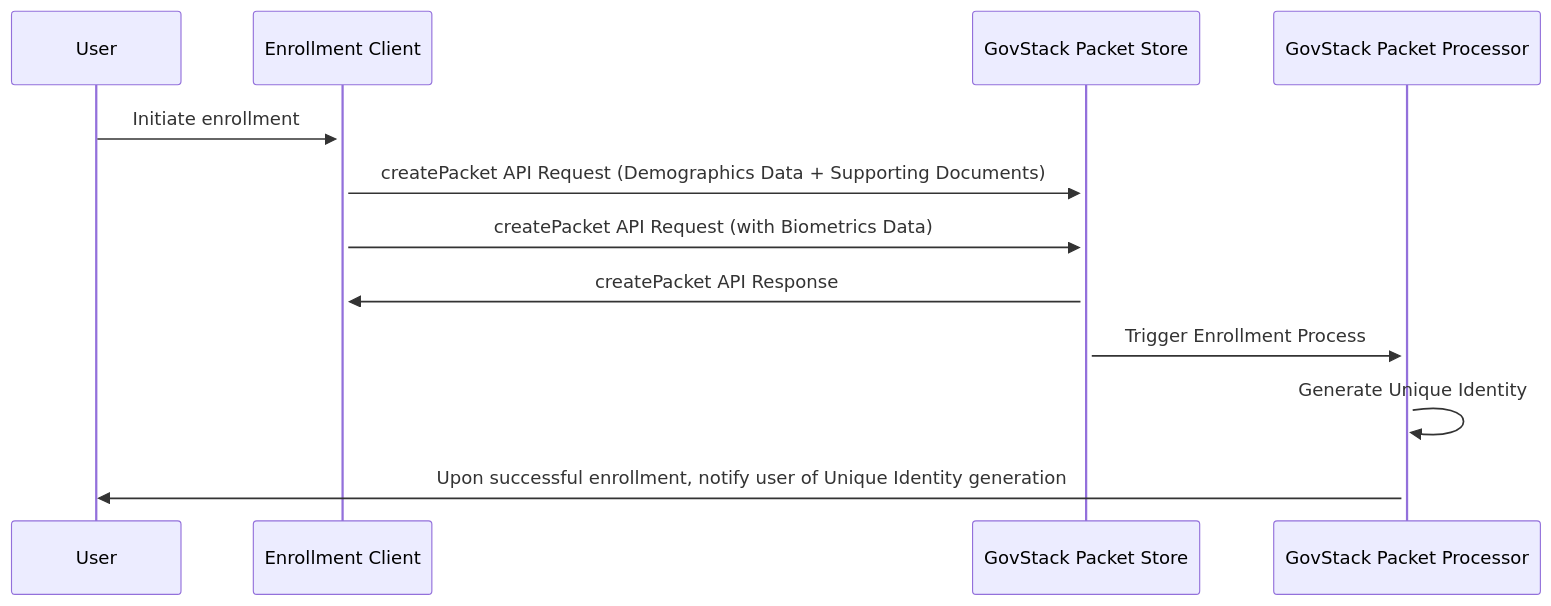
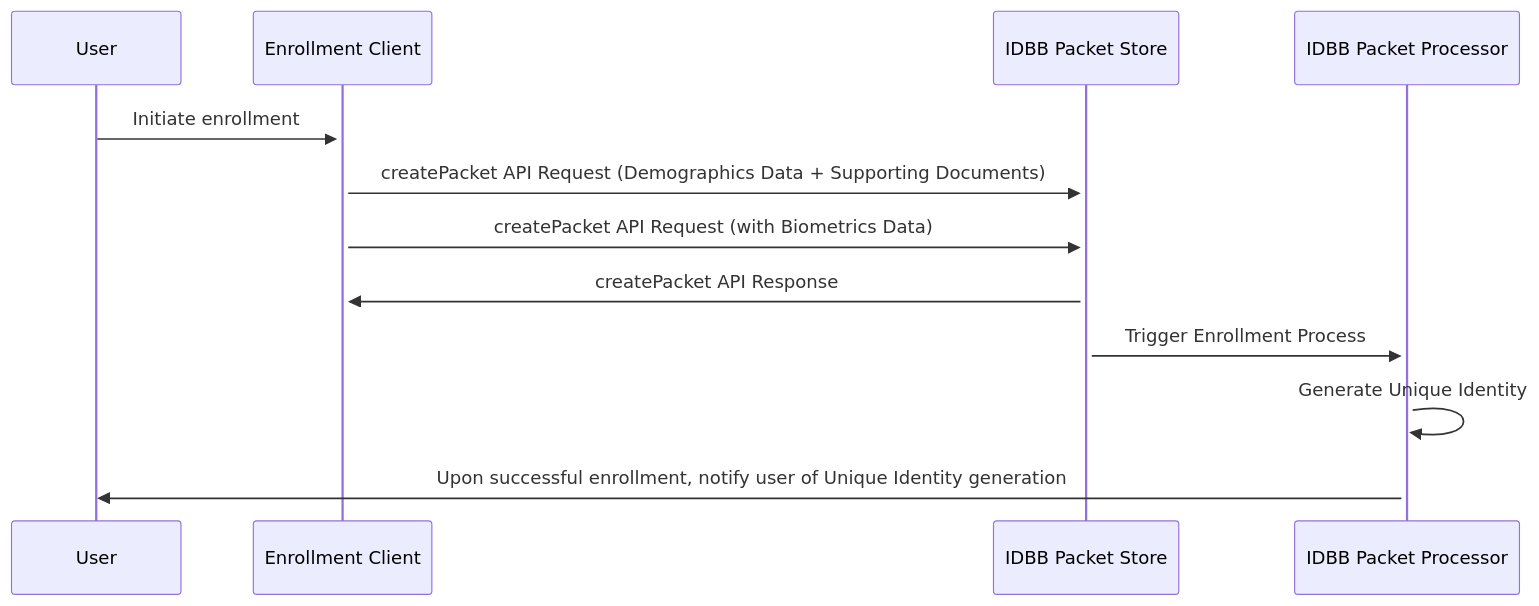
The third of 6 diagrams in spec/9-workflows.md (smita-govstack/bb-identity), drawn with Mermaid before and after one commit. The commit also changed other lines of this file and 4 other files, not shown here.

````diff
--- a/spec/9-workflows.md
+++ b/spec/9-workflows.md
@@ -103,10 +101,10 @@
 ```mermaid
 sequenceDiagram
     User->>+Enrollment Client: Initiate enrollment
-    Enrollment Client->>+GovStack Packet Store: createPacket API Request (Demographics Data + Supporting Documents)
-    Enrollment Client->>GovStack Packet Store: createPacket API Request (with Biometrics Data)
-    GovStack Packet Store->>Enrollment Client: createPacket API Response
-    GovStack Packet Store->>+GovStack Packet Processor: Trigger Enrollment Process
-    GovStack Packet Processor->>GovStack Packet Processor: Generate Unique Identity
-    GovStack Packet Processor->>User: Upon successful enrollment, notify user of Unique Identity generation
+    Enrollment Client->>+IDBB Packet Store: createPacket API Request (Demographics Data + Supporting Documents)
+    Enrollment Client->>IDBB Packet Store: createPacket API Request (with Biometrics Data)
+    IDBB Packet Store->>Enrollment Client: createPacket API Response
+    IDBB Packet Store->>+IDBB Packet Processor: Trigger Enrollment Process
+    IDBB Packet Processor->>IDBB Packet Processor: Generate Unique Identity
+    IDBB Packet Processor->>User: Upon successful enrollment, notify user of Unique Identity generation
 ```
````
